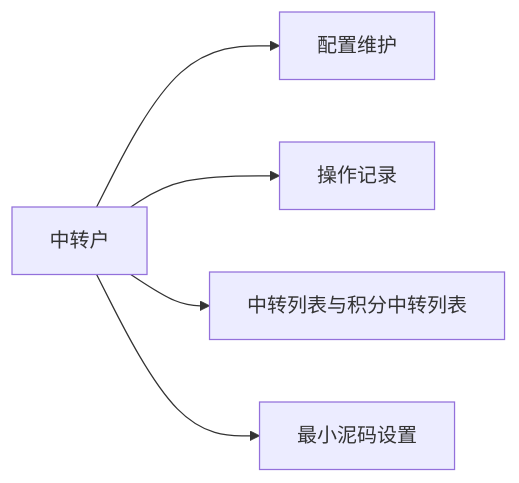
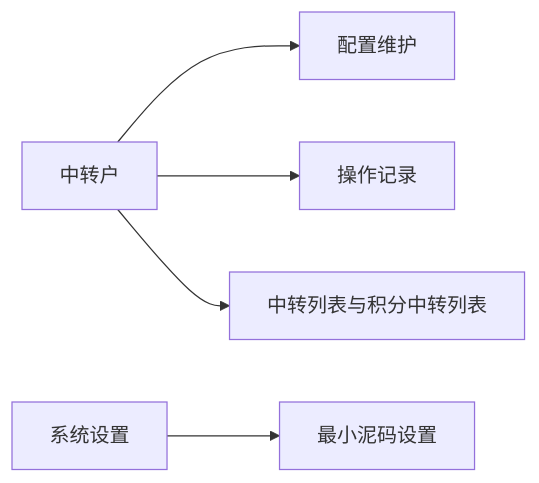
Before and after one commit to bala-luoluo/cashier-prototype: the fifth of 5 diagrams in docs/菜单PRD_20261109/PRD_中转户_20261110.md, drawn with Mermaid. The commit also changed other lines of this file and 3 other files, not shown here.

````diff
--- a/docs/菜单PRD_20261109/PRD_中转户_20261110.md
+++ b/docs/菜单PRD_20261109/PRD_中转户_20261110.md
@@ -133,7 +133,7 @@
 ```mermaid
 flowchart LR
  M[中转户] --> C[配置维护]
  M --> H[操作记录]
  M --> L[中转列表与积分中转列表]
- M --> S[最小泥码设置]
+ SYS[系统设置] --> S[最小泥码设置]
 ```
````
